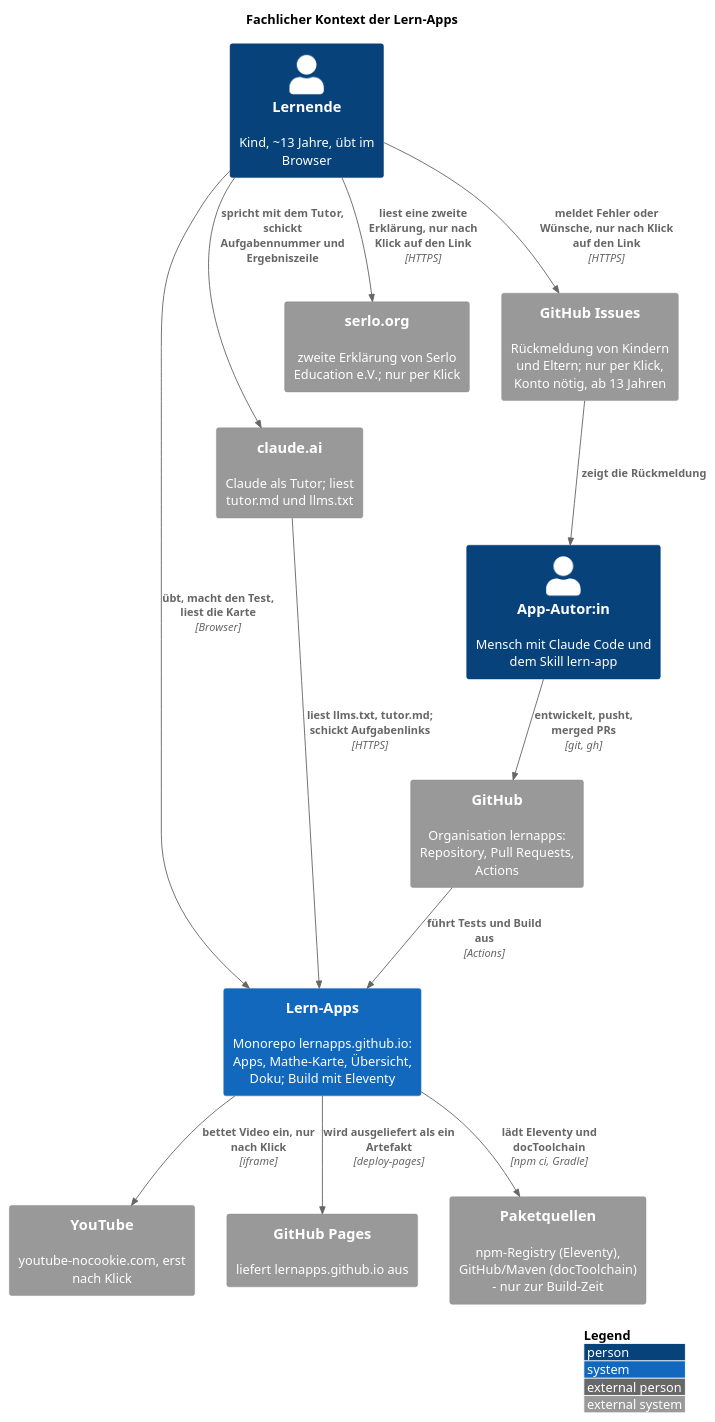
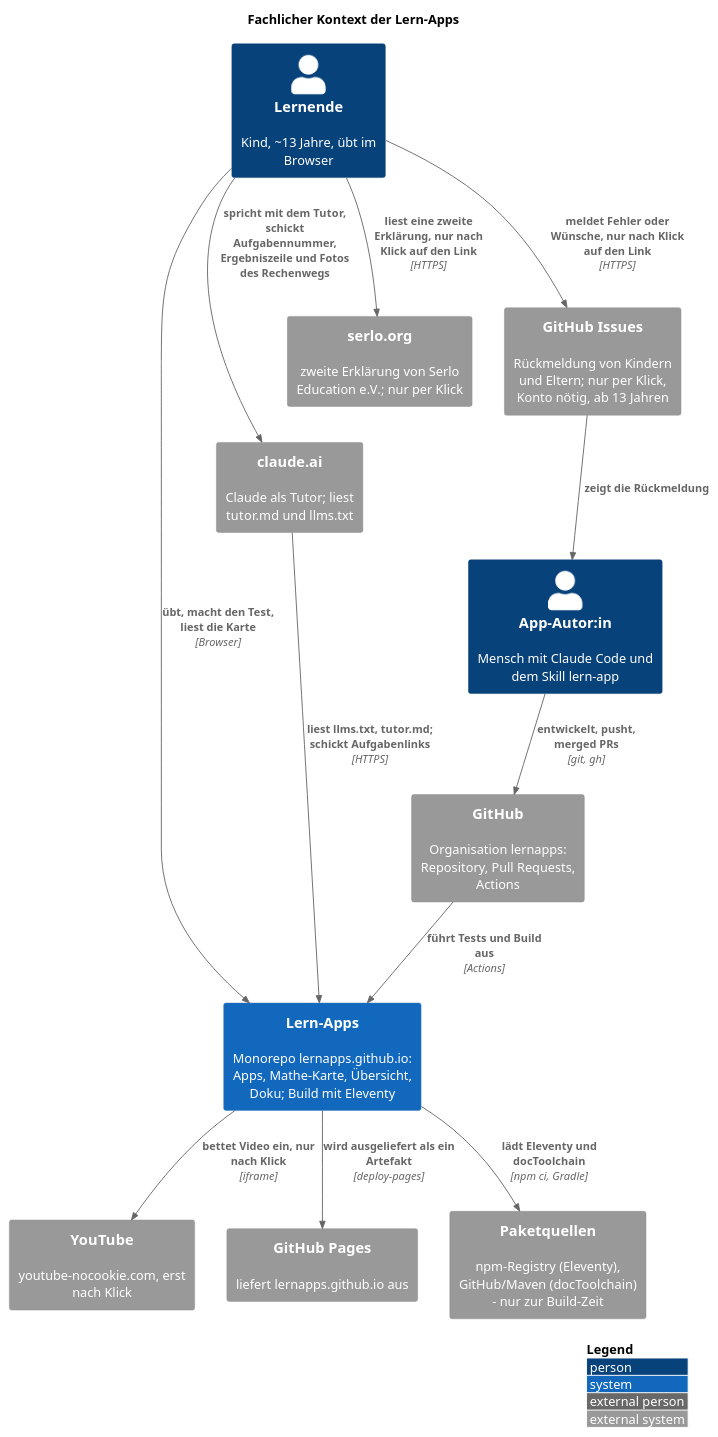
One commit to lernapps/lernapps.github.io changed the diagram in src/docs/arc42/chapters/03_context_and_scope.adoc. Above: the diagram before and after it, drawn with PlantUML. The commit also changed other lines of this file and 5 other files, not shown here.

```diff
--- a/src/docs/arc42/chapters/03_context_and_scope.adoc
+++ b/src/docs/arc42/chapters/03_context_and_scope.adoc
@@ -24,33 +24,33 @@
 [plantuml, target=kontext-fachlich, format=svg]
 ....
 @startuml
 !include <C4/C4_Context>
 LAYOUT_WITH_LEGEND()
 title Fachlicher Kontext der Lern-Apps
 
 Person(kind, "Lernende", "Kind, ~13 Jahre, übt im Browser")
 Person(autor, "App-Autor:in", "Mensch mit Claude Code und dem Skill lern-app")
 
 System(lernapps, "Lern-Apps", "Monorepo lernapps.github.io: Apps, Mathe-Karte, Übersicht, Doku; Build mit Eleventy")
 
 System_Ext(claude, "claude.ai", "Claude als Tutor; liest tutor.md und llms.txt")
 System_Ext(youtube, "YouTube", "youtube-nocookie.com, erst nach Klick")
 System_Ext(serlo, "serlo.org", "zweite Erklärung von Serlo Education e.V.; nur per Klick")
 System_Ext(github, "GitHub", "Organisation lernapps: Repository, Pull Requests, Actions")
 System_Ext(issues, "GitHub Issues", "Rückmeldung von Kindern und Eltern; nur per Klick, Konto nötig, ab 13 Jahren")
 System_Ext(pages, "GitHub Pages", "liefert lernapps.github.io aus")
 System_Ext(pakete, "Paketquellen", "npm-Registry (Eleventy), GitHub/Maven (docToolchain) – nur zur Build-Zeit")
 
 Rel(kind, lernapps, "übt, macht den Test, liest die Karte", "Browser")
-Rel(kind, claude, "spricht mit dem Tutor, schickt Aufgabennummer und Ergebniszeile")
+Rel(kind, claude, "spricht mit dem Tutor, schickt Aufgabennummer, Ergebniszeile und Fotos des Rechenwegs")
 Rel(claude, lernapps, "liest llms.txt, tutor.md; schickt Aufgabenlinks", "HTTPS")
 Rel(lernapps, youtube, "bettet Video ein, nur nach Klick", "iframe")
 Rel(kind, issues, "meldet Fehler oder Wünsche, nur nach Klick auf den Link", "HTTPS")
 Rel(kind, serlo, "liest eine zweite Erklärung, nur nach Klick auf den Link", "HTTPS")
 Rel(issues, autor, "zeigt die Rückmeldung")
 Rel(autor, github, "entwickelt, pusht, merged PRs", "git, gh")
 Rel(github, lernapps, "führt Tests und Build aus", "Actions")
 Rel(lernapps, pakete, "lädt Eleventy und docToolchain", "npm ci, Gradle")
 Rel(lernapps, pages, "wird ausgeliefert als ein Artefakt", "deploy-pages")
 @enduml
 ....
```
